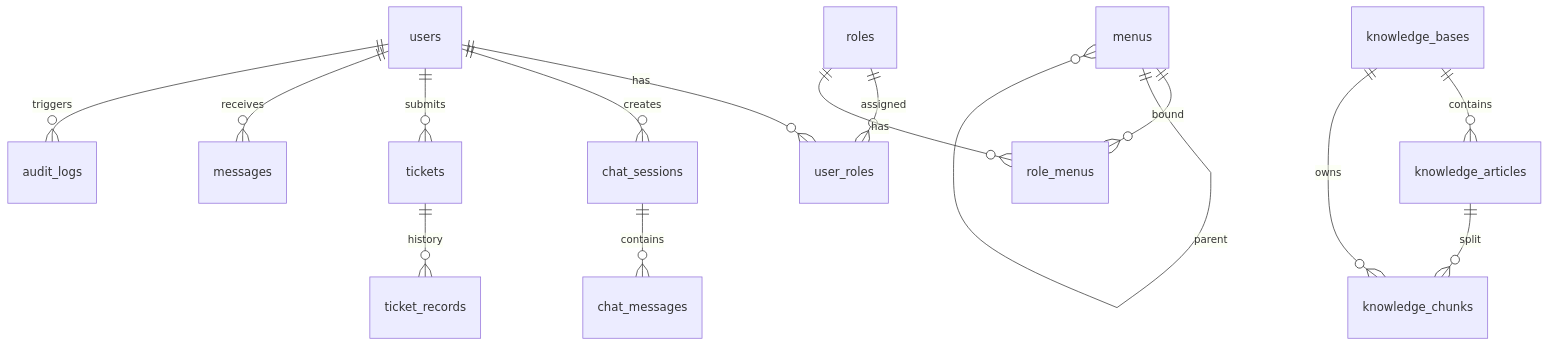
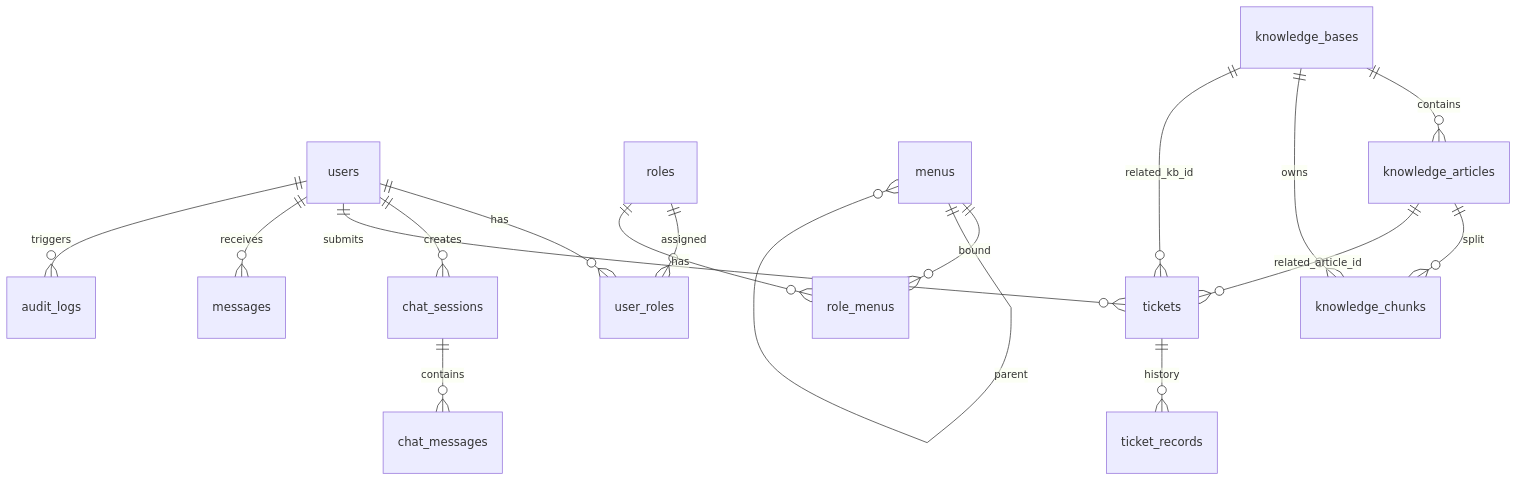
The eighth of 11 diagrams in docs/TECH.md (int2t05/Cognik), drawn with Mermaid before and after one commit. The commit also changed other lines of this file and 14 other files, not shown here.

````diff
--- a/docs/TECH.md
+++ b/docs/TECH.md
@@ -289,17 +293,19 @@
 ```mermaid
 erDiagram
     users ||--o{ user_roles : has
     users ||--o{ chat_sessions : creates
     users ||--o{ tickets : submits
     users ||--o{ messages : receives
     users ||--o{ audit_logs : triggers
     roles ||--o{ user_roles : assigned
     roles ||--o{ role_menus : has
     menus ||--o{ role_menus : bound
     menus ||--o{ menus : parent
     knowledge_bases ||--o{ knowledge_articles : contains
     knowledge_bases ||--o{ knowledge_chunks : owns
     knowledge_articles ||--o{ knowledge_chunks : split
     tickets ||--o{ ticket_records : history
+    knowledge_articles ||--o{ tickets : "related_article_id"
+    knowledge_bases ||--o{ tickets : "related_kb_id"
     chat_sessions ||--o{ chat_messages : contains
 ```
````
